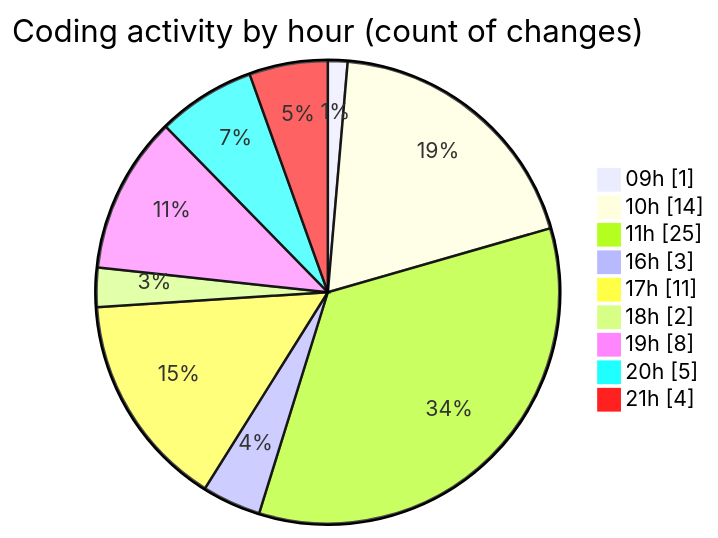
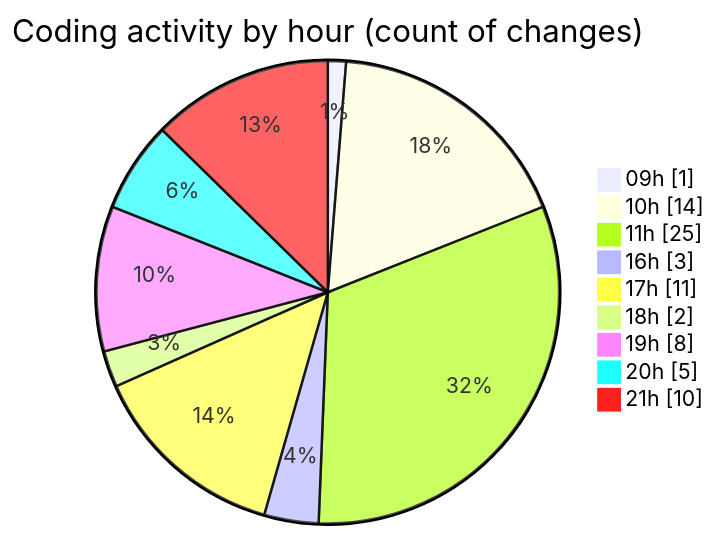
Before and after one commit to Elitesun/code-tracking: the second of 2 diagrams in 2025-05-07/niten/README.md, drawn with Mermaid. The commit also changed other lines of this file and 1 other file, not shown here.

````diff
--- a/2025-05-07/niten/README.md
+++ b/2025-05-07/niten/README.md
@@ -53,13 +56,13 @@
 ```mermaid
 pie showData
 title Coding activity by hour (count of changes)
 "09h" : 1
 "10h" : 14
 "11h" : 25
 "16h" : 3
 "17h" : 11
 "18h" : 2
 "19h" : 8
 "20h" : 5
-"21h" : 4
+"21h" : 10
 ```
````
